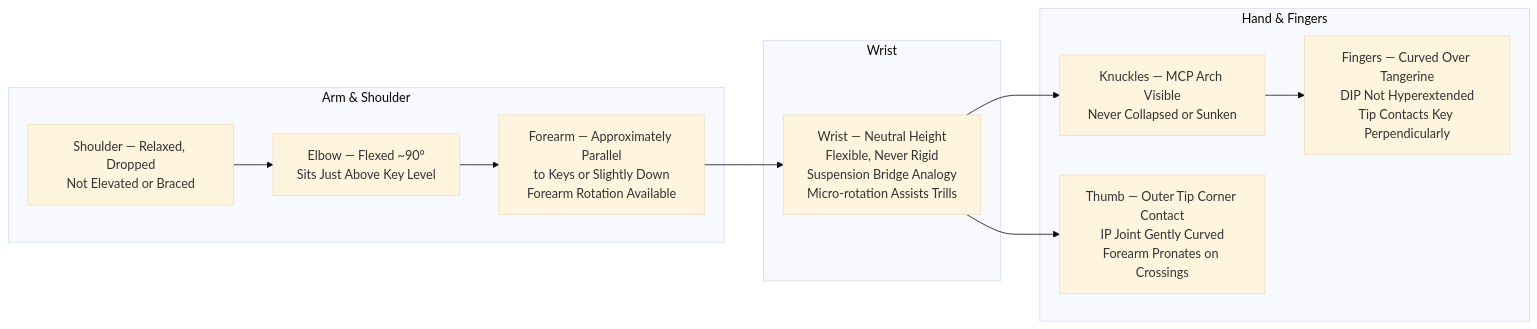
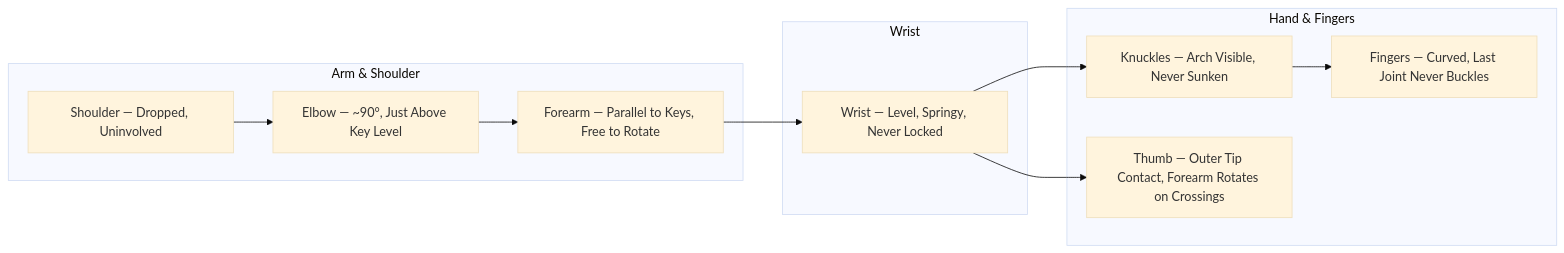
One commit to blebleblee/synapse changed the second of 2 diagrams in topics/arts/music_performance/piano/lesson_02_finger_independence_and_scales.md. Above: the diagram before and after it, drawn with Mermaid (base theme). The commit also changed other lines of this file and 4 other files, not shown here.

````diff
--- a/topics/arts/music_performance/piano/lesson_02_finger_independence_and_scales.md
+++ b/topics/arts/music_performance/piano/lesson_02_finger_independence_and_scales.md
@@ -76,18 +76,18 @@
 ```mermaid
 graph LR
     subgraph sub_arm ["Arm & Shoulder"]
-        SH["Shoulder — Relaxed, Dropped\nNot Elevated or Braced"]
-        EL["Elbow — Flexed ~90°\nSits Just Above Key Level"]
-        FA["Forearm — Approximately Parallel\nto Keys or Slightly Down\nForearm Rotation Available"]
+        SH["Shoulder — Dropped, Uninvolved"]
+        EL["Elbow — ~90°, Just Above Key Level"]
+        FA["Forearm — Parallel to Keys, Free to Rotate"]
     end
     subgraph sub_wrist ["Wrist"]
-        WR["Wrist — Neutral Height\nFlexible, Never Rigid\nSuspension Bridge Analogy\nMicro-rotation Assists Trills"]
+        WR["Wrist — Level, Springy, Never Locked"]
     end
     subgraph sub_hand ["Hand & Fingers"]
-        KN["Knuckles — MCP Arch Visible\nNever Collapsed or Sunken"]
-        FI["Fingers — Curved Over Tangerine\nDIP Not Hyperextended\nTip Contacts Key Perpendicularly"]
-        TH["Thumb — Outer Tip Corner Contact\nIP Joint Gently Curved\nForearm Pronates on Crossings"]
+        KN["Knuckles — Arch Visible, Never Sunken"]
+        FI["Fingers — Curved, Last Joint Never Buckles"]
+        TH["Thumb — Outer Tip Contact, Forearm Rotates on Crossings"]
     end
     SH --> EL --> FA --> WR --> KN --> FI
     WR --> TH
 ```
````
